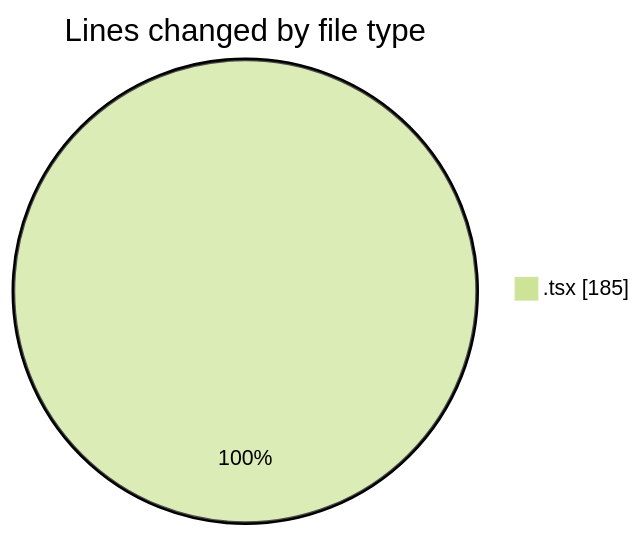
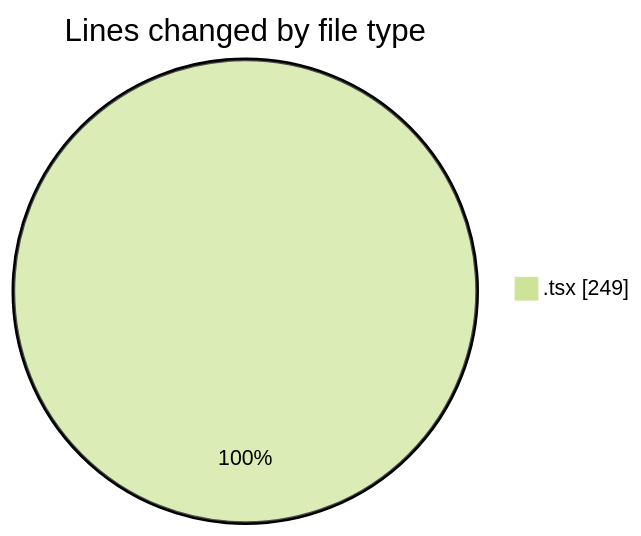
Before and after one commit to nxtqubesakshisongat/code-tracking: the first of 2 diagrams in 2026-07-13/nxtqube_webapp/README.md, drawn with Mermaid (forest theme). The commit also changed other lines of this file and 1 other file, not shown here.

````diff
--- a/2026-07-13/nxtqube_webapp/README.md
+++ b/2026-07-13/nxtqube_webapp/README.md
@@ -20,5 +21,5 @@
 ```mermaid
 pie showData
 title Lines changed by file type
-".tsx" : 185
+".tsx" : 249
 ```
````
